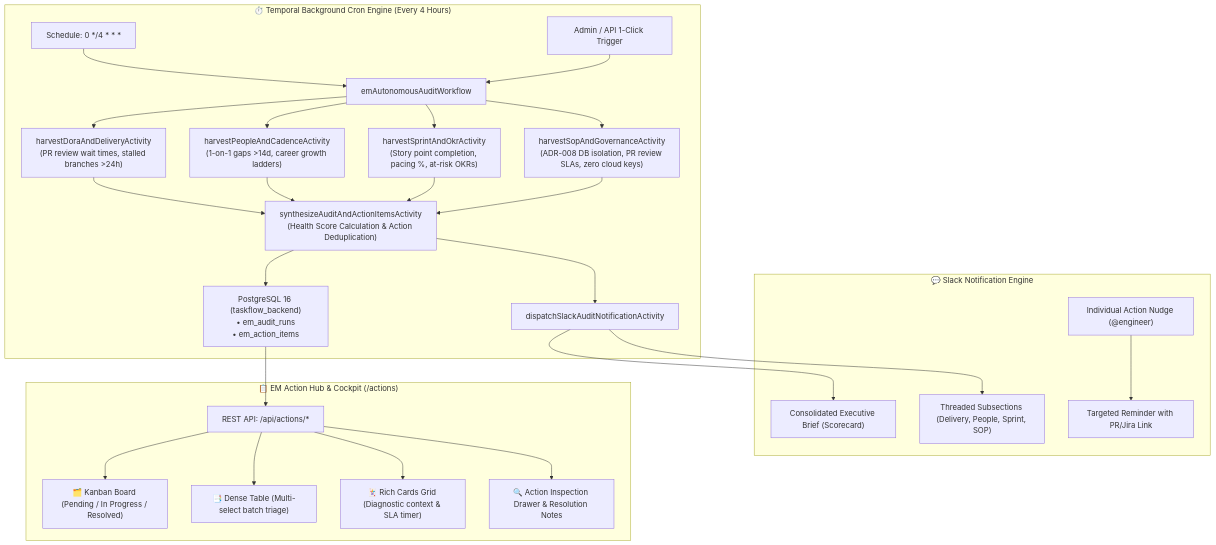
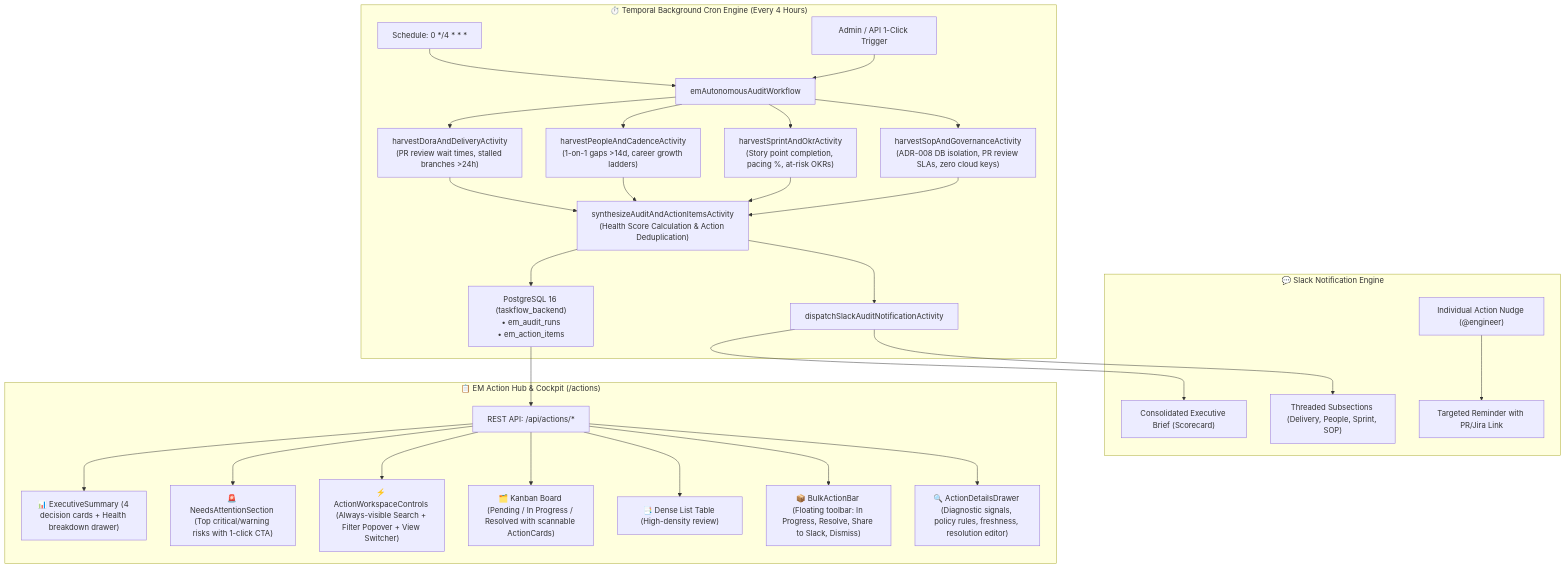
One commit to logsv/em-taskflow-ai changed the diagram in .agents/skills/autonomous-em-audit-ops/SKILL.md. Above: the diagram before and after it, drawn with Mermaid. The commit also changed other lines of this file and 55 other files, not shown here.

Commit message:
feat: overhaul Action Hub with Bulk Action Bar, details drawer, and workspace controls

````diff
--- a/.agents/skills/autonomous-em-audit-ops/SKILL.md
+++ b/.agents/skills/autonomous-em-audit-ops/SKILL.md
@@ -16,28 +16,31 @@
 ```mermaid
 flowchart TD
     subgraph Temporal Engine ["⏱️ Temporal Background Cron Engine (Every 4 Hours)"]
         CRON["Schedule: 0 */4 * * *"] --> WF["emAutonomousAuditWorkflow"]
         ADMIN_BTN["Admin / API 1-Click Trigger"] --> WF
         WF --> H1["harvestDoraAndDeliveryActivity<br/>(PR review wait times, stalled branches >24h)"]
         WF --> H2["harvestPeopleAndCadenceActivity<br/>(1-on-1 gaps >14d, career growth ladders)"]
         WF --> H3["harvestSprintAndOkrActivity<br/>(Story point completion, pacing %, at-risk OKRs)"]
         WF --> H4["harvestSopAndGovernanceActivity<br/>(ADR-008 DB isolation, PR review SLAs, zero cloud keys)"]
         H1 & H2 & H3 & H4 --> SYN["synthesizeAuditAndActionItemsActivity<br/>(Health Score Calculation & Action Deduplication)"]
         SYN --> DB["PostgreSQL 16 (taskflow_backend)<br/>• em_audit_runs<br/>• em_action_items"]
         SYN --> SLACK_ACT["dispatchSlackAuditNotificationActivity"]
     end
 
     subgraph Slack ["💬 Slack Notification Engine"]
         SLACK_ACT --> SL1["Consolidated Executive Brief (Scorecard)"]
         SLACK_ACT --> SL2["Threaded Subsections (Delivery, People, Sprint, SOP)"]
         IND_NUDGE["Individual Action Nudge (@engineer)"] --> SL3["Targeted Reminder with PR/Jira Link"]
     end
 
     subgraph UI ["📋 EM Action Hub & Cockpit (/actions)"]
         DB --> REST["REST API: /api/actions/*"]
-        REST --> KANBAN["🗂️ Kanban Board (Pending / In Progress / Resolved)"]
-        REST --> TABLE["📑 Dense Table (Multi-select batch triage)"]
-        REST --> GRID["🃏 Rich Cards Grid (Diagnostic context & SLA timer)"]
-        REST --> DRAWER["🔍 Action Inspection Drawer & Resolution Notes"]
+        REST --> EXEC["📊 ExecutiveSummary (4 decision cards + Health breakdown drawer)"]
+        REST --> NA["🚨 NeedsAttentionSection (Top critical/warning risks with 1-click CTA)"]
+        REST --> CTRL["⚡ ActionWorkspaceControls (Always-visible Search + Filter Popover + View Switcher)"]
+        REST --> KANBAN["🗂️ Kanban Board (Pending / In Progress / Resolved with scannable ActionCards)"]
+        REST --> TABLE["📑 Dense List Table (High-density review)"]
+        REST --> BULK["📦 BulkActionBar (Floating toolbar: In Progress, Resolve, Share to Slack, Dismiss)"]
+        REST --> DRAWER["🔍 ActionDetailsDrawer (Diagnostic signals, policy rules, freshness, resolution editor)"]
     end
 ```
````
